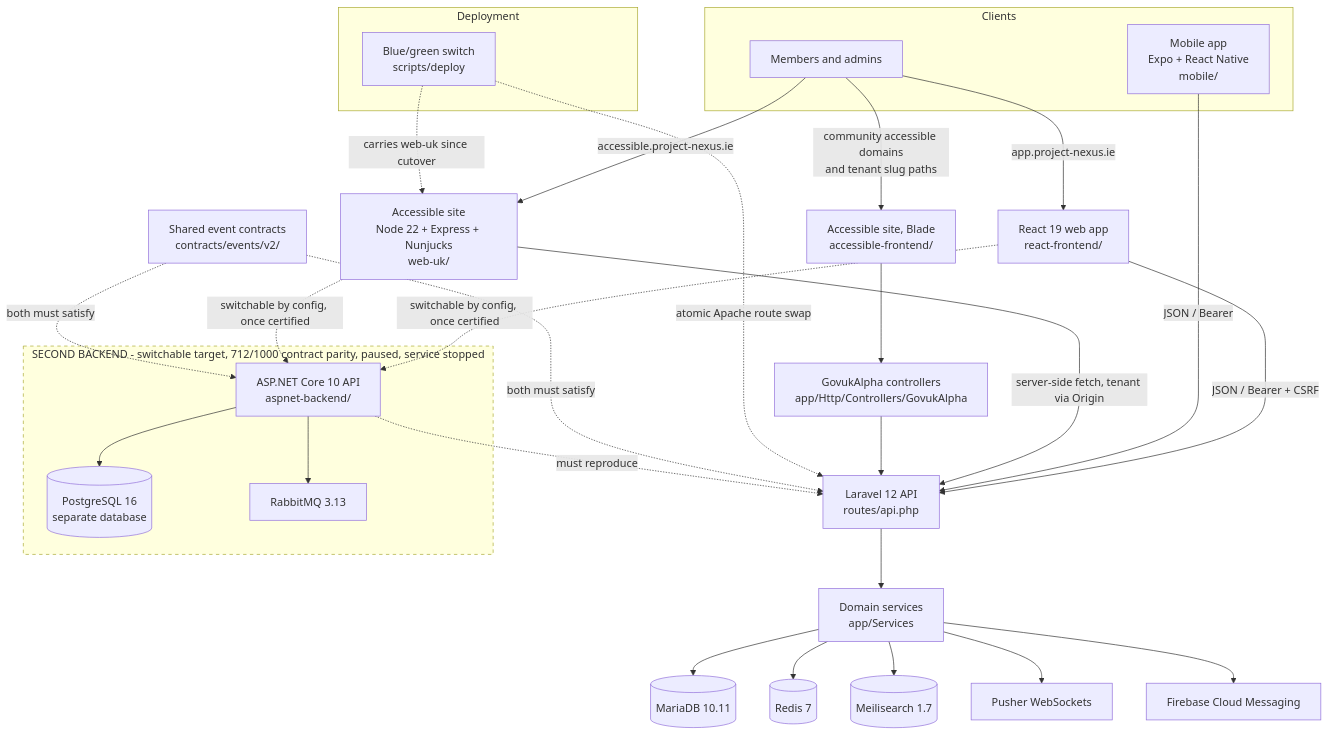
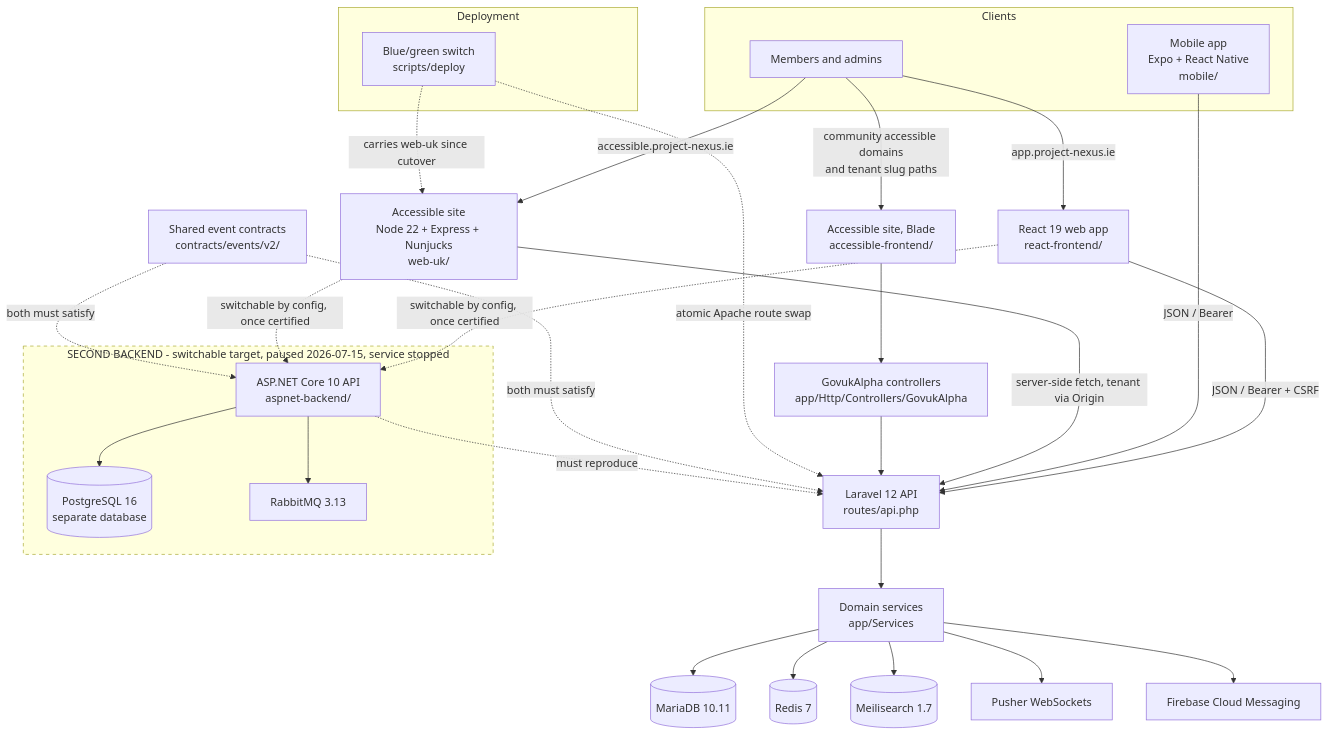
Before and after one commit to jasperfordesq-ai/Project-NEXUS: the diagram in README.md, drawn with Mermaid. The commit also changed other lines of this file, not shown here.

````diff
--- a/README.md
+++ b/README.md
@@ -200,46 +202,46 @@
 ```mermaid
 flowchart TD
     subgraph Clients
         U[Members and admins]
         M[Mobile app<br/>Expo + React Native<br/>mobile/]
     end
 
     U -->|app.project-nexus.ie| RC[React 19 web app<br/>react-frontend/]
     U -->|accessible.project-nexus.ie| WU[Accessible site<br/>Node 22 + Express + Nunjucks<br/>web-uk/]
     U -->|community accessible domains<br/>and tenant slug paths| AC[Accessible site, Blade<br/>accessible-frontend/]
 
     RC -->|JSON / Bearer + CSRF| API[Laravel 12 API<br/>routes/api.php]
     M -->|JSON / Bearer| API
     WU -->|server-side fetch, tenant via Origin| API
     AC --> GC[GovukAlpha controllers<br/>app/Http/Controllers/GovukAlpha]
     GC --> API
 
     API --> SVC[Domain services<br/>app/Services]
     SVC --> DB[(MariaDB 10.11)]
     SVC --> RED[(Redis 7)]
     SVC --> MEI[(Meilisearch 1.7)]
     SVC --> PUSH[Pusher WebSockets]
     SVC --> FCM[Firebase Cloud Messaging]
 
     subgraph Deployment
         BG[Blue/green switch<br/>scripts/deploy]
     end
     BG -. atomic Apache route swap .-> API
     BG -. carries web-uk since cutover .-> WU
 
-    subgraph SEC ["SECOND BACKEND - switchable target, 712/1000 contract parity, paused, service stopped"]
+    subgraph SEC ["SECOND BACKEND - switchable target, paused 2026-07-15, service stopped"]
         ASP[ASP.NET Core 10 API<br/>aspnet-backend/]
         PG[(PostgreSQL 16<br/>separate database)]
         MQ[RabbitMQ 3.13]
         ASP --> PG
         ASP --> MQ
     end
 
     ASP -. must reproduce .-> API
     RC -. switchable by config, once certified .-> ASP
     WU -. switchable by config, once certified .-> ASP
     CON[Shared event contracts<br/>contracts/events/v2/] -. both must satisfy .-> API
     CON -. both must satisfy .-> ASP
 
     style SEC stroke-dasharray: 5 5
 ```
````
